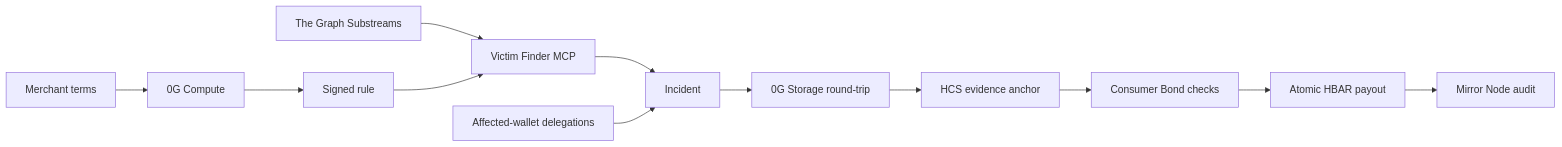
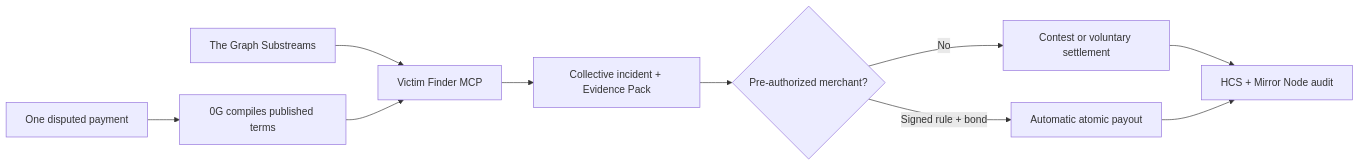
Before and after one commit to jstmepedr0/ETH-Global-2026: the diagram in README.md, drawn with Mermaid. The commit also changed other lines of this file and 13 other files, not shown here.

````diff
--- a/README.md
+++ b/README.md
@@ -72,14 +99,12 @@
 ```mermaid
 flowchart LR
-  T["Merchant terms"] --> C["0G Compute"]
-  C --> R["Signed rule"]
+  D["One disputed payment"] --> C["0G compiles published terms"]
   G["The Graph Substreams"] --> V["Victim Finder MCP"]
-  R --> V
-  V --> I["Incident"]
-  W["Affected-wallet delegations"] --> I
-  I --> O["0G Storage round-trip"]
-  O --> H["HCS evidence anchor"]
-  H --> B["Consumer Bond checks"]
-  B --> P["Atomic HBAR payout"]
-  P --> M["Mirror Node audit"]
+  C --> V
+  V --> I["Collective incident + Evidence Pack"]
+  I --> Q{"Pre-authorized merchant?"}
+  Q -->|"No"| U["Contest or voluntary settlement"]
+  Q -->|"Signed rule + bond"| P["Automatic atomic payout"]
+  U --> H["HCS + Mirror Node audit"]
+  P --> H
 ```
````
